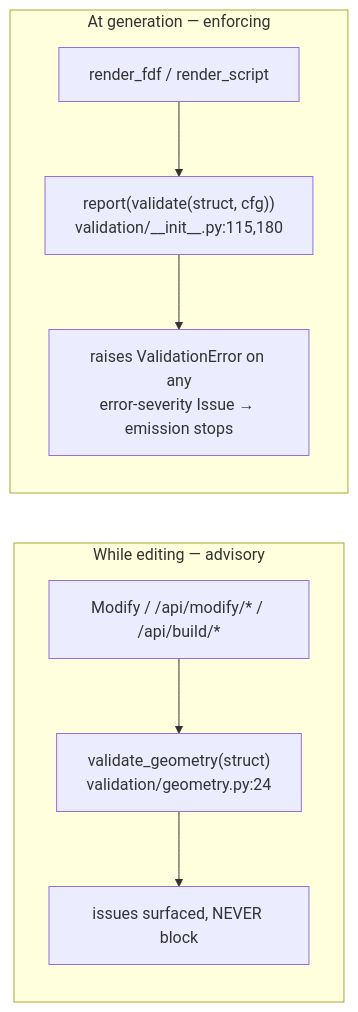
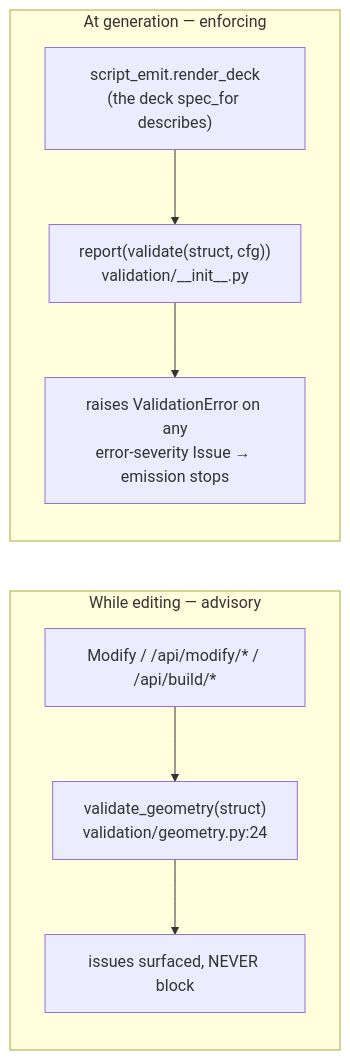
The second of 3 diagrams in docs/science/overview.md (Qing-LAB/molbuilder), drawn with Mermaid before and after one commit. The commit also changed other lines of this file and 745 other files, not shown here.

````diff
--- a/docs/science/overview.md
+++ b/docs/science/overview.md
@@ -70,15 +70,15 @@
 ```mermaid
 flowchart LR
     subgraph EDIT["While editing — advisory"]
         E1["Modify / /api/modify/* / /api/build/*"]
         E2["validate_geometry(struct)<br/>validation/geometry.py:24"]
         E3["issues surfaced, NEVER block"]
         E1 --> E2 --> E3
     end
     subgraph GEN["At generation — enforcing"]
-        G1["render_fdf / render_script"]
-        G2["report(validate(struct, cfg))<br/>validation/__init__.py:115,180"]
+        G1["script_emit.render_deck<br/>(the deck spec_for describes)"]
+        G2["report(validate(struct, cfg))<br/>validation/__init__.py"]
         G3["raises ValidationError on any<br/>error-severity Issue → emission stops"]
         G1 --> G2 --> G3
     end
 ```
````
